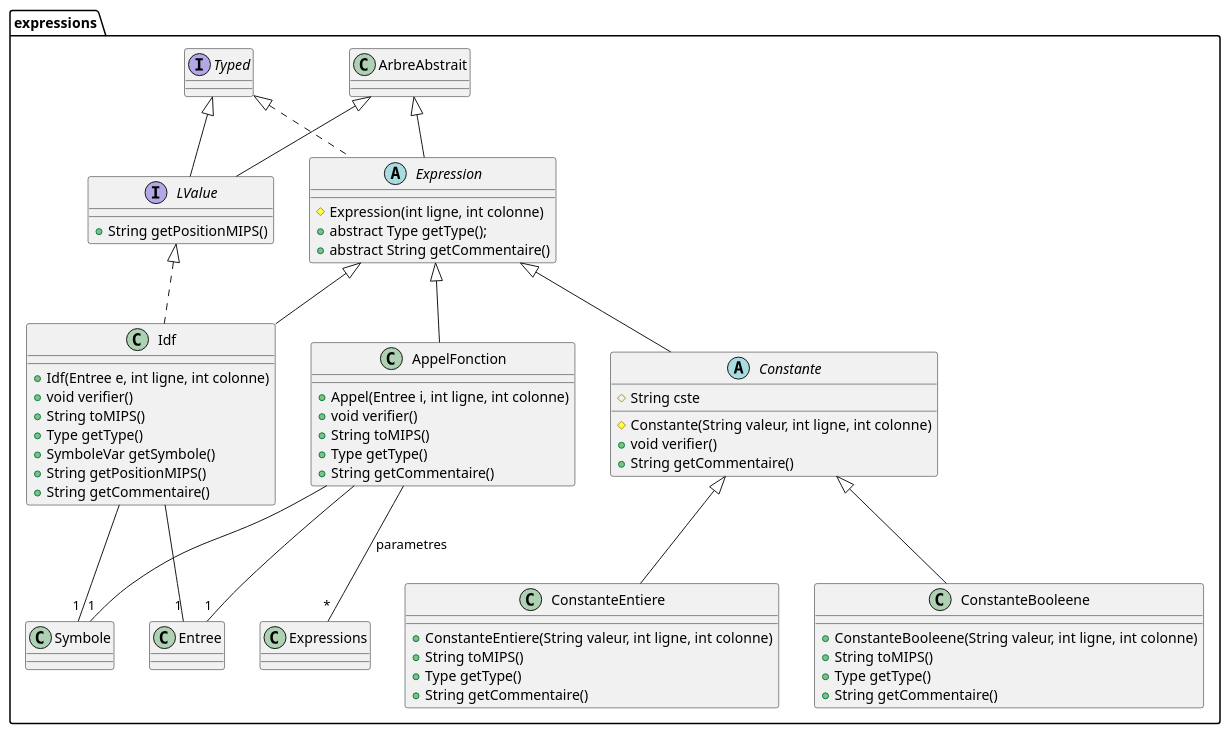
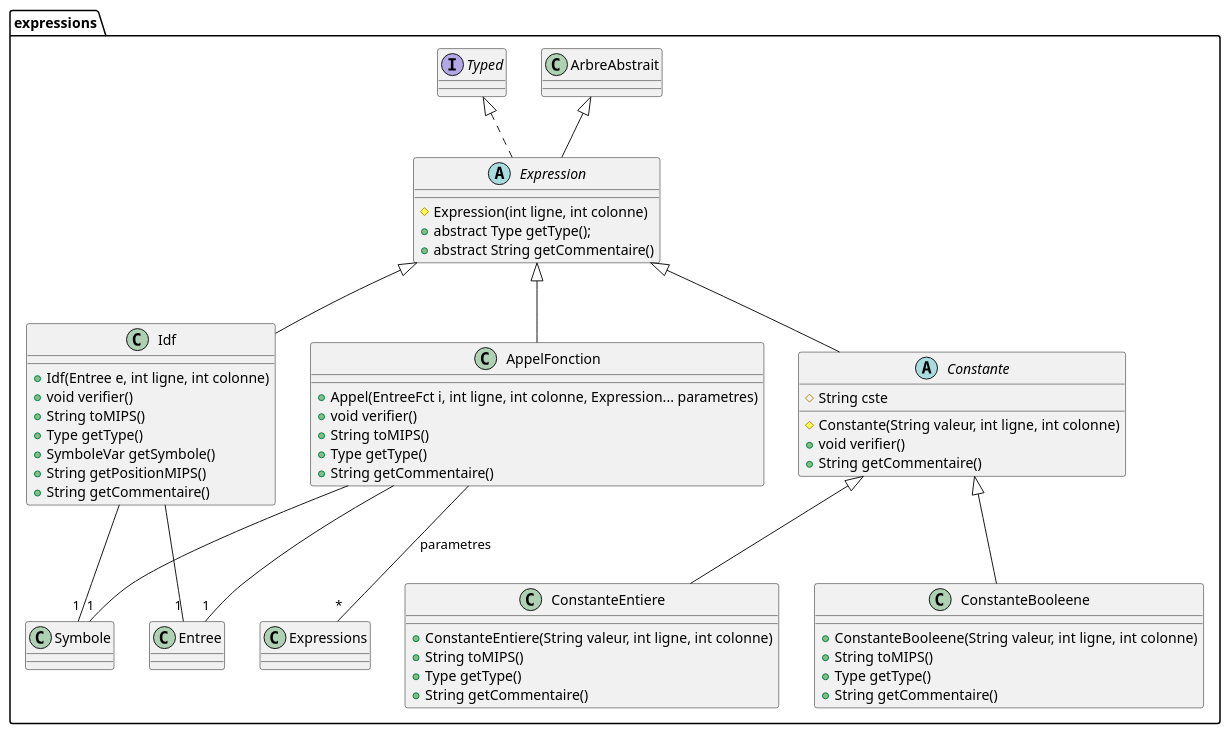
One commit to wehddn/L3-Compilation-Projet changed the diagram in src/Diagrammes/arbre.expressions.puml. Above: the diagram before and after it, drawn with PlantUML. The commit also changed 24 other files, not shown here.

Commit message:
Mise a jour selon le diagramme

```diff
--- a/src/Diagrammes/arbre.expressions.puml
+++ b/src/Diagrammes/arbre.expressions.puml
@@ -1,62 +1,57 @@
 @startuml
 package expressions {
 	class AppelFonction extends Expression {
-		+ Appel(Entree i, int ligne, int colonne)
+		+ Appel(EntreeFct i, int ligne, int colonne, Expression... parametres)
 		+ void verifier()
 		+ String toMIPS()
 		+ Type getType()
 		+ String getCommentaire()
 	}
 	AppelFonction --"1" Entree
 	AppelFonction --"1" Symbole
 	AppelFonction --"*" Expressions : parametres
 
 
 
 	abstract class Constante extends Expression {
 		# String cste
 		# Constante(String valeur, int ligne, int colonne)
 		+ void verifier()
 		+ String getCommentaire()
 	}
 
 	class ConstanteBooleene extends Constante {
 		+ ConstanteBooleene(String valeur, int ligne, int colonne)
 		+ String toMIPS()
 		+ Type getType()
 		+ String getCommentaire()
 	}
 
 	class ConstanteEntiere extends Constante {
 		+ ConstanteEntiere(String valeur, int ligne, int colonne)
 		+ String toMIPS()
 		+ Type getType()
 		+ String getCommentaire()
 	}
 
 
 	abstract class Expression extends ArbreAbstrait implements Typed{
 		# Expression(int ligne, int colonne)
 		+ abstract Type getType();
 		+ abstract String getCommentaire()
 	}
 
-	class Idf extends Expression implements LValue {
+	class Idf extends Expression {
 		+ Idf(Entree e, int ligne, int colonne)
 		+ void verifier()
 		+ String toMIPS()
 		+ Type getType()
 		+ SymboleVar getSymbole()
 		+ String getPositionMIPS()
 		+ String getCommentaire()
 	}
+	Idf --"1" Entree
 	Idf --"1" Symbole
-	Idf --"1" Entree
-
-	interface LValue extends ArbreAbstrait implements Typed {
-		+ String getPositionMIPS()
-	}
-
 
 }
 @enduml
```
